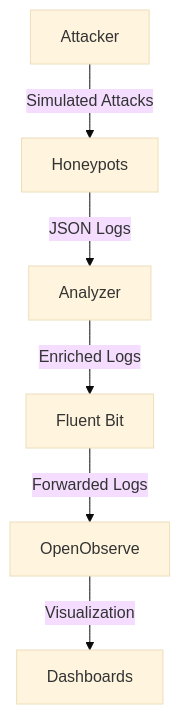
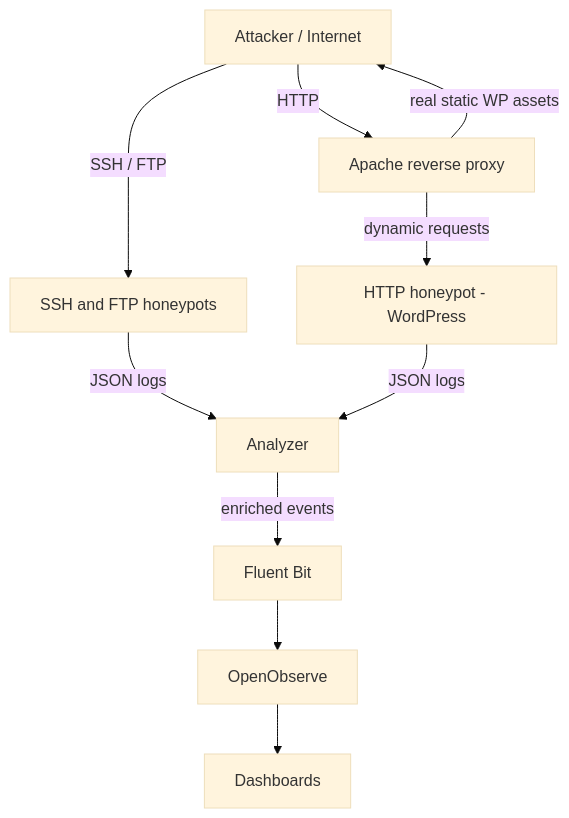
One commit to mathiscapart/LaRuche changed the diagram in README.md. Above: the diagram before and after it, drawn with Mermaid (base theme). The commit also changed other lines of this file, not shown here.

Commit message:
docs: README — reverse-proxy Apache devant le honeypot HTTP (archi + composants)

````diff
--- a/README.md
+++ b/README.md
@@ -15,8 +16,12 @@
 ```mermaid
 graph TD
-    A[Attacker] -->|Simulated Attacks| B[Honeypots]
-    B -->|JSON Logs| C[Analyzer]
-    C -->|Enriched Logs| D[Fluent Bit]
-    D -->|Forwarded Logs| E[OpenObserve]
-    E -->|Visualization| F[Dashboards]
+    A[Attacker / Internet] -->|HTTP| P[Apache reverse proxy]
+    A -->|SSH / FTP| H[SSH and FTP honeypots]
+    P -->|real static WP assets| A
+    P -->|dynamic requests| W[HTTP honeypot - WordPress]
+    H -->|JSON logs| C[Analyzer]
+    W -->|JSON logs| C
+    C -->|enriched events| D[Fluent Bit]
+    D --> E[OpenObserve]
+    E --> F[Dashboards]
 ```
````
